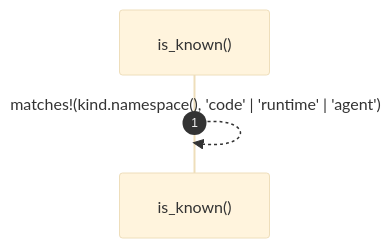
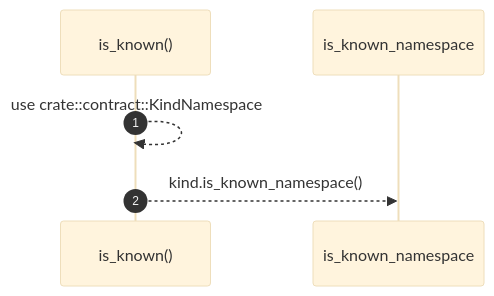
Before and after one commit to RyanGuild/self-describing-code: the diagram in .robby/diagrams/seq-rust-robby-ir-kind-is-known.mmd, drawn with Mermaid (base theme). The commit also changed 413 other files, not shown here.

```diff
--- a/.robby/diagrams/seq-rust-robby-ir-kind-is-known.mmd
+++ b/.robby/diagrams/seq-rust-robby-ir-kind-is-known.mmd
@@ -1,4 +1,6 @@
 sequenceDiagram
     autonumber
     participant is_known as is_known()
-    is_known-->>is_known: matches!(kind.namespace(), 'code' | 'runtime' | 'agent')
+    participant is_known_namespace as is_known_namespace
+    is_known-->>is_known: use crate::contract::KindNamespace
+    is_known-->>is_known_namespace: kind.is_known_namespace()
```
